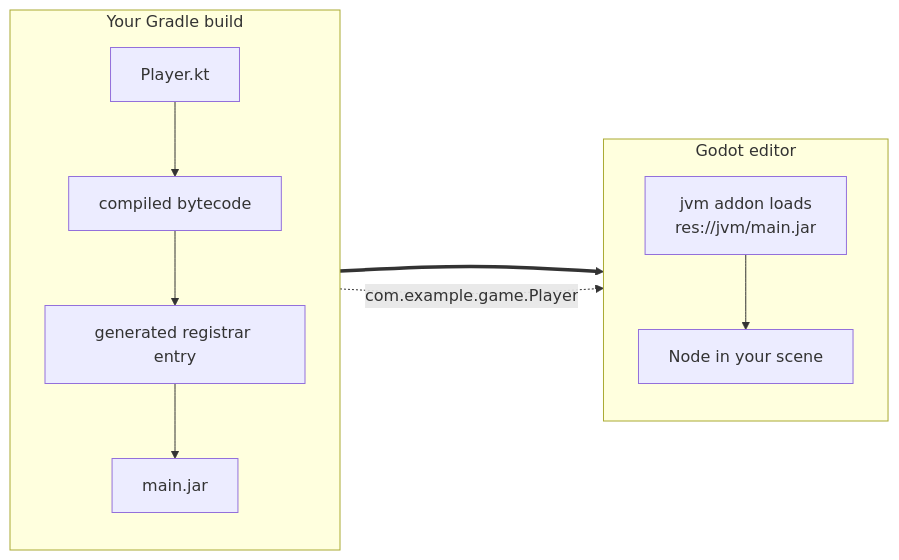
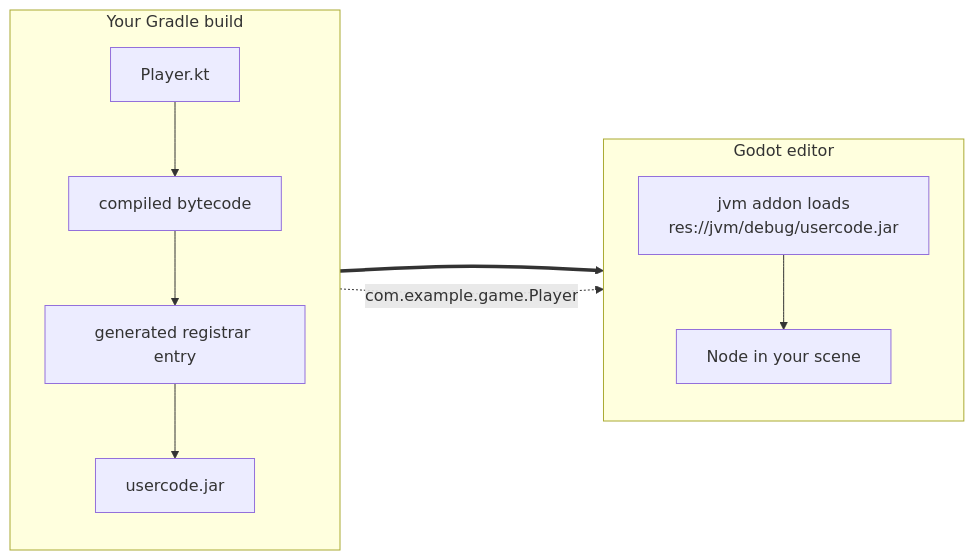
Before and after one commit to utopia-rise/godot-jvm: the first of 2 diagrams in docs/src/doc/contribute/how-it-works/index.md, drawn with Mermaid. The commit also changed other lines of this file and 17 other files, not shown here.

````diff
--- a/docs/src/doc/contribute/how-it-works/index.md
+++ b/docs/src/doc/contribute/how-it-works/index.md
@@ -16,21 +16,21 @@
 ```mermaid
 flowchart LR
     subgraph build["Your Gradle build"]
         direction TB
         src["Player.kt"]
         cls["compiled bytecode"]
         reg["generated registrar entry"]
-        jar["main.jar"]
+        jar["usercode.jar"]
         src --> cls --> reg --> jar
     end
 
     subgraph editor["Godot editor"]
         direction TB
-        addon["jvm addon loads<br/>res://jvm/main.jar"]
+        addon["jvm addon loads<br/>res://jvm/debug/usercode.jar"]
         node["Node in your scene"]
         addon --> node
     end
 
     jar ==> addon
     src -. "com.example.game.Player" .-> node
 ```
````
